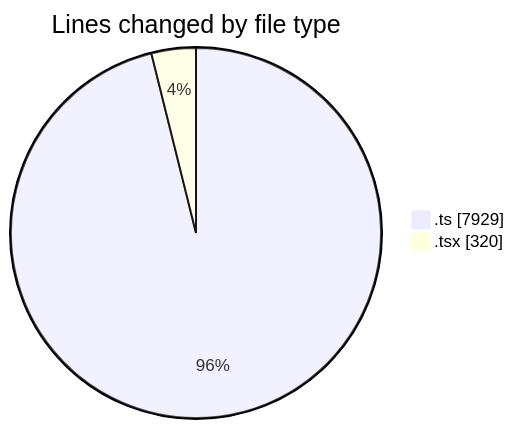
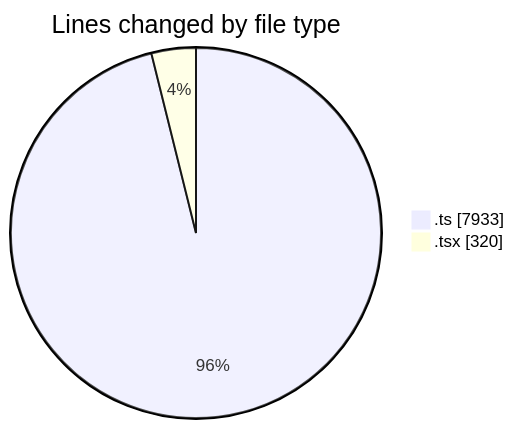
The first of 2 diagrams in 2025-08-13/cda/README.md (momahboobian/code-tracking), drawn with Mermaid before and after one commit. The commit also changed other lines of this file and 1 other file, not shown here.

````diff
--- a/2025-08-13/cda/README.md
+++ b/2025-08-13/cda/README.md
@@ -23,6 +23,6 @@
 ```mermaid
 pie showData
 title Lines changed by file type
-".ts" : 7929
+".ts" : 7933
 ".tsx" : 320
 ```
````
